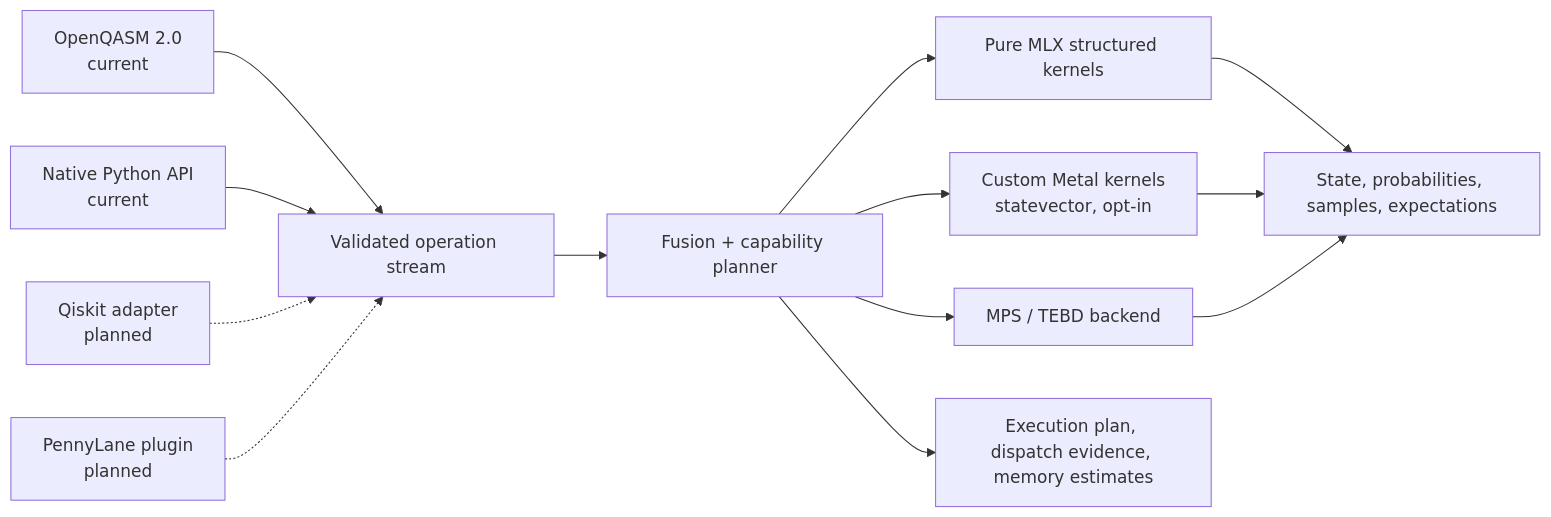
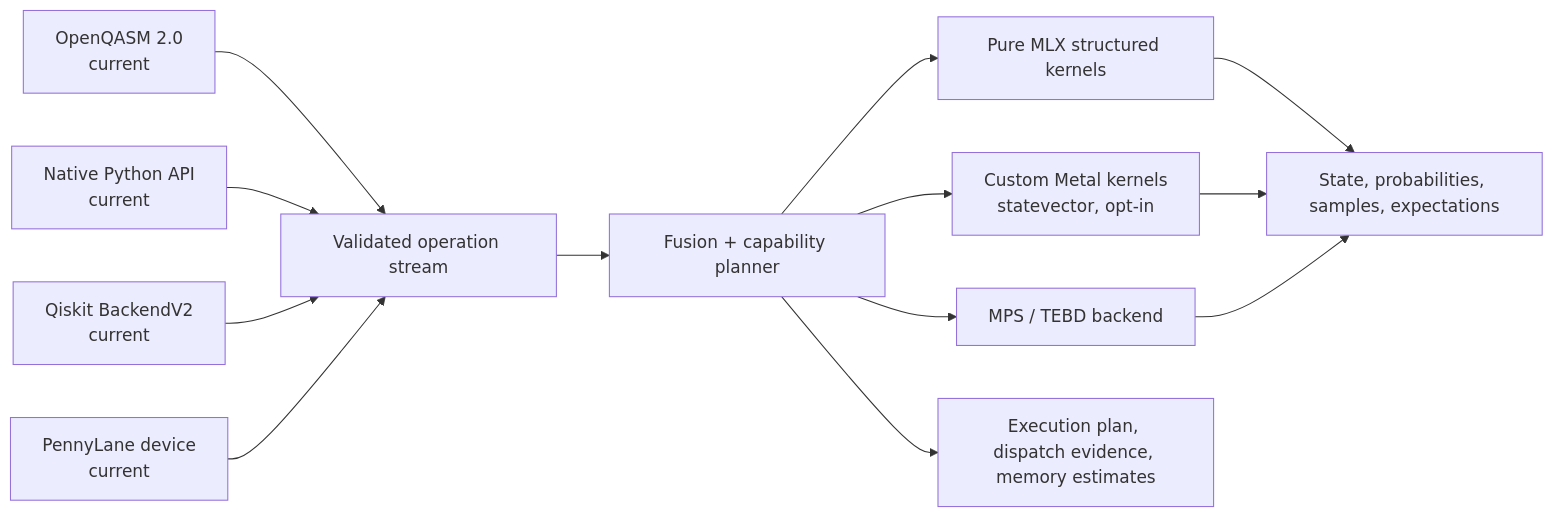
Before and after one commit to MonitSharma/MettleQ: the diagram in README.md, drawn with Mermaid. The commit also changed other lines of this file and 9 other files, not shown here.

````diff
--- a/README.md
+++ b/README.md
@@ -161,15 +213,15 @@
 ```mermaid
 flowchart LR
     QASM["OpenQASM 2.0<br/>current"] --> IR["Validated operation stream"]
     PY["Native Python API<br/>current"] --> IR
-    QISKIT["Qiskit adapter<br/>planned"] -.-> IR
-    PL["PennyLane plugin<br/>planned"] -.-> IR
+    QISKIT["Qiskit BackendV2<br/>current"] --> IR
+    PL["PennyLane device<br/>current"] --> IR
     IR --> PLAN["Fusion + capability planner"]
     PLAN --> MLX["Pure MLX structured kernels"]
     PLAN --> METAL["Custom Metal kernels<br/>statevector, opt-in"]
     PLAN --> MPS["MPS / TEBD backend"]
     MLX --> RESULT["State, probabilities, samples, expectations"]
     METAL --> RESULT
     MPS --> RESULT
     PLAN --> REPORT["Execution plan, dispatch evidence, memory estimates"]
 ```
````
